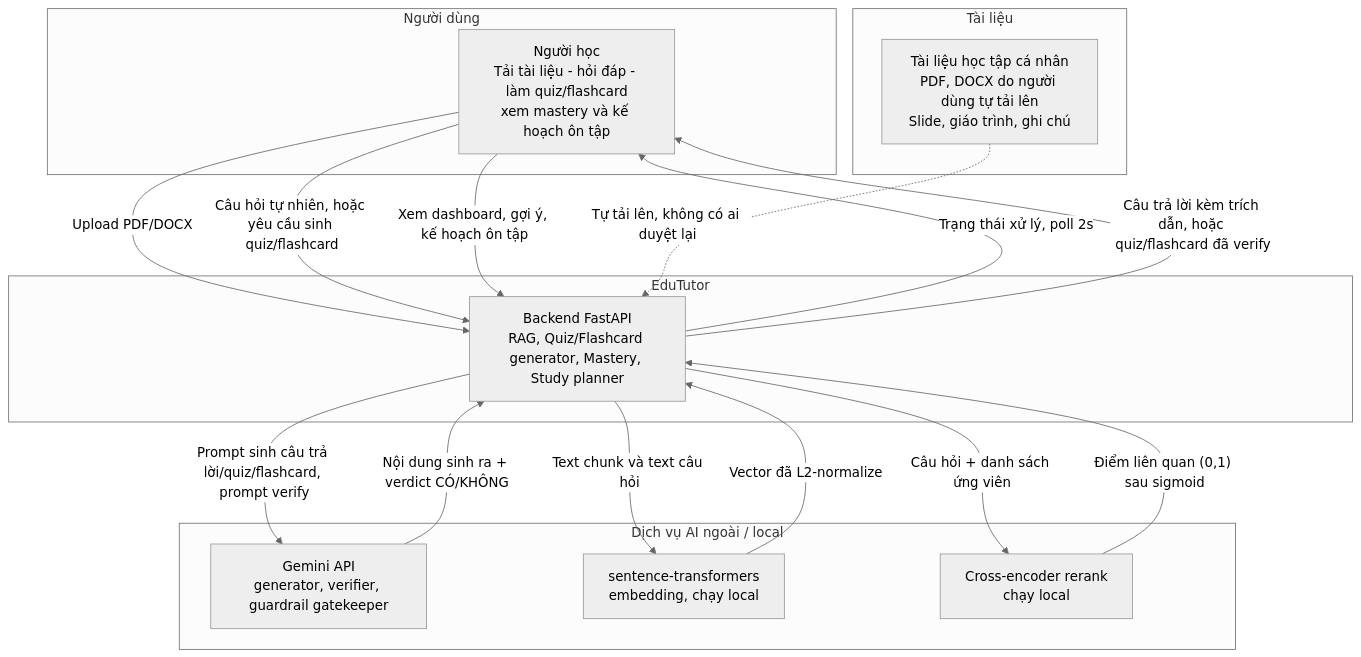
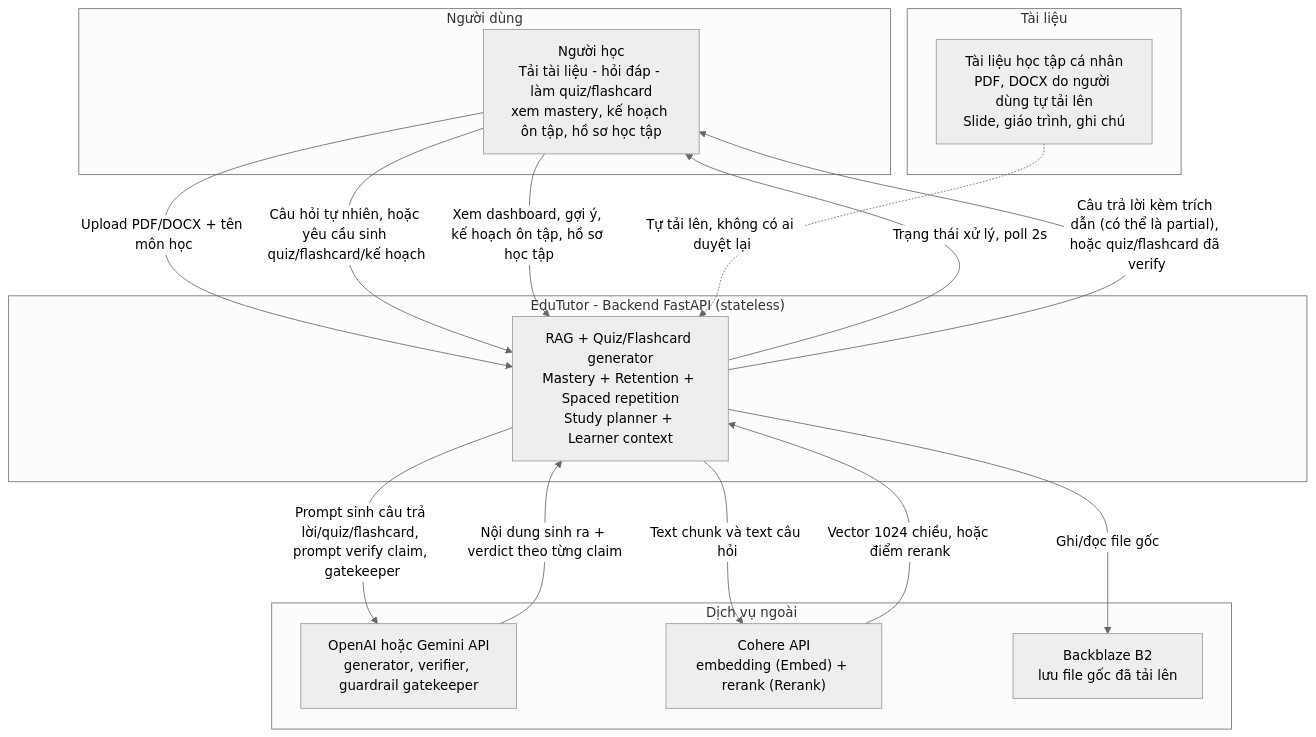
Before and after one commit to Thaihoangbach/LearningAssistant: the first of 12 diagrams in docs/architecture-diagrams.md, drawn with Mermaid (neutral theme). The commit also changed other lines of this file and 25 other files, not shown here.

````diff
--- a/docs/architecture-diagrams.md
+++ b/docs/architecture-diagrams.md
@@ -55,38 +58,38 @@
 ```mermaid
 flowchart TB
     subgraph nguoidung["Người dùng"]
-        HV["Người học<br/>Tải tài liệu - hỏi đáp - làm quiz/flashcard<br/>xem mastery và kế hoạch ôn tập"]
+        HV["Người học<br/>Tải tài liệu - hỏi đáp - làm quiz/flashcard<br/>xem mastery, kế hoạch ôn tập, hồ sơ học tập"]
     end
 
-    subgraph hethong["EduTutor"]
-        APP["Backend FastAPI<br/>RAG, Quiz/Flashcard generator, Mastery, Study planner"]
+    subgraph hethong["EduTutor - Backend FastAPI (stateless)"]
+        APP["RAG + Quiz/Flashcard generator<br/>Mastery + Retention + Spaced repetition<br/>Study planner + Learner context"]
     end
 
     subgraph corpus["Tài liệu"]
         DOC["Tài liệu học tập cá nhân<br/>PDF, DOCX do người dùng tự tải lên<br/>Slide, giáo trình, ghi chú"]
     end
 
-    subgraph ngoai["Dịch vụ AI ngoài / local"]
-        LLM["Gemini API<br/>generator, verifier, guardrail gatekeeper"]
-        EMB["sentence-transformers<br/>embedding, chạy local"]
-        RERANK["Cross-encoder rerank<br/>chạy local"]
+    subgraph ngoai["Dịch vụ ngoài"]
+        LLM["OpenAI hoặc Gemini API<br/>generator, verifier, guardrail gatekeeper"]
+        COHERE["Cohere API<br/>embedding (Embed) + rerank (Rerank)"]
+        STORE["Backblaze B2<br/>lưu file gốc đã tải lên"]
     end
 
-    HV -->|"Upload PDF/DOCX"| APP
+    HV -->|"Upload PDF/DOCX + tên môn học"| APP
     APP -->|"Trạng thái xử lý, poll 2s"| HV
 
-    HV -->|"Câu hỏi tự nhiên, hoặc yêu cầu sinh quiz/flashcard"| APP
-    APP -->|"Câu trả lời kèm trích dẫn, hoặc quiz/flashcard đã verify"| HV
+    HV -->|"Câu hỏi tự nhiên, hoặc yêu cầu sinh quiz/flashcard/kế hoạch"| APP
+    APP -->|"Câu trả lời kèm trích dẫn (có thể là partial), hoặc quiz/flashcard đã verify"| HV
 
-    HV -->|"Xem dashboard, gợi ý, kế hoạch ôn tập"| APP
+    HV -->|"Xem dashboard, gợi ý, kế hoạch ôn tập, hồ sơ học tập"| APP
 
     DOC -.->|"Tự tải lên, không có ai duyệt lại"| APP
 
-    APP -->|"Prompt sinh câu trả lời/quiz/flashcard, prompt verify"| LLM
-    LLM -->|"Nội dung sinh ra + verdict CÓ/KHÔNG"| APP
+    APP -->|"Prompt sinh câu trả lời/quiz/flashcard, prompt verify claim, gatekeeper"| LLM
+    LLM -->|"Nội dung sinh ra + verdict theo từng claim"| APP
 
-    APP -->|"Text chunk và text câu hỏi"| EMB
-    EMB -->|"Vector đã L2-normalize"| APP
-    APP -->|"Câu hỏi + danh sách ứng viên"| RERANK
-    RERANK -->|"Điểm liên quan (0,1) sau sigmoid"| APP
+    APP -->|"Text chunk và text câu hỏi"| COHERE
+    COHERE -->|"Vector 1024 chiều, hoặc điểm rerank"| APP
+
+    APP -->|"Ghi/đọc file gốc"| STORE
 ```
````
